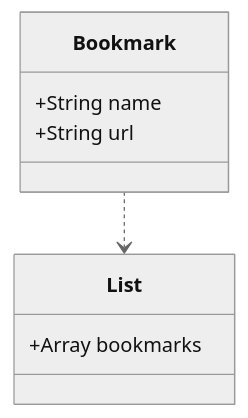
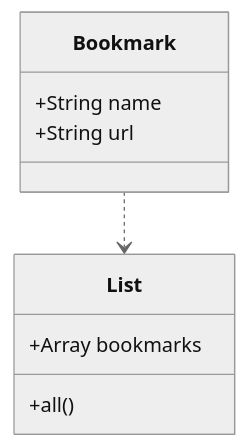
One commit to AKCDNG/bookmarks_friday changed the diagram in README.md. Above: the diagram before and after it, drawn with Mermaid (neutral theme). The commit also changed 10 other files, not shown here.

````diff
--- a/README.md
+++ b/README.md
@@ -10,14 +10,15 @@
 ```mermaid
 classDiagram
   Bookmark ..> List
 
   class Bookmark {
     +String name
     +String url 
     }
 
   class List {
-    +Array bookmarks
-    <!-- display method, maybe needed, maybe sits in different class -->
+    +Array bookmarks   <!-- display method, maybe needed, maybe sits in different class-->
+
+    +all()
   }
 ```
````
